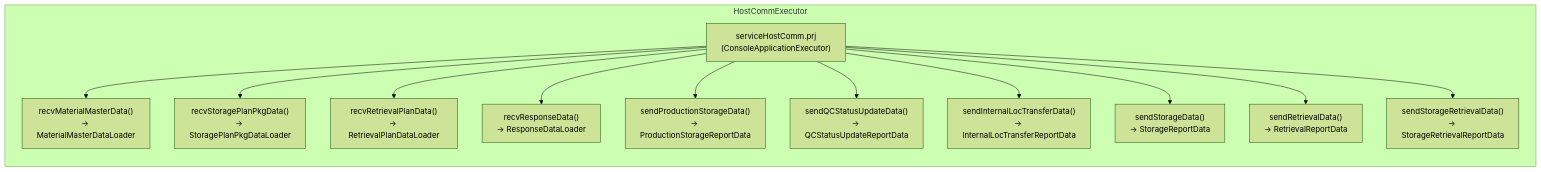
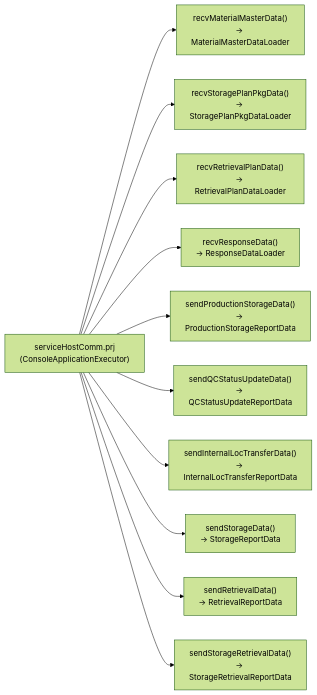
The diagram in Basic-Design/Host-Interfaces.md (luthfiadityaa/SimeDarby-Wiki), drawn with Mermaid (forest theme) before and after one commit.

Commit message:
Updated Host Interfaces

```diff
--- a/Basic-Design/Host-Interfaces.md
+++ b/Basic-Design/Host-Interfaces.md
@@ -31,26 +31,24 @@
 ::: mermaid
 flowchart LR
-    subgraph HostCommExecutor
         C1["serviceHostComm.prj<br>(ConsoleApplicationExecutor)"]
         C2["recvMaterialMasterData()<br>→ MaterialMasterDataLoader"]
         C3["recvStoragePlanPkgData()<br>→ StoragePlanPkgDataLoader"]
         C4["recvRetrievalPlanData()<br>→ RetrievalPlanDataLoader"]
         C5["recvResponseData()<br>→ ResponseDataLoader"]
         C6["sendProductionStorageData()<br>→ ProductionStorageReportData"]
         C7["sendQCStatusUpdateData()<br>→ QCStatusUpdateReportData"]
         C8["sendInternalLocTransferData()<br>→ InternalLocTransferReportData"]
         C9["sendStorageData()<br>→ StorageReportData"]
         C10["sendRetrievalData()<br>→ RetrievalReportData"]
         C11["sendStorageRetrievalData()<br>→ StorageRetrievalReportData"]
         C1 --> C2
         C1 --> C3
         C1 --> C4
         C1 --> C5
         C1 --> C6
         C1 --> C7
         C1 --> C8
         C1 --> C9
         C1 --> C10
         C1 --> C11
-    end
 :::
```
